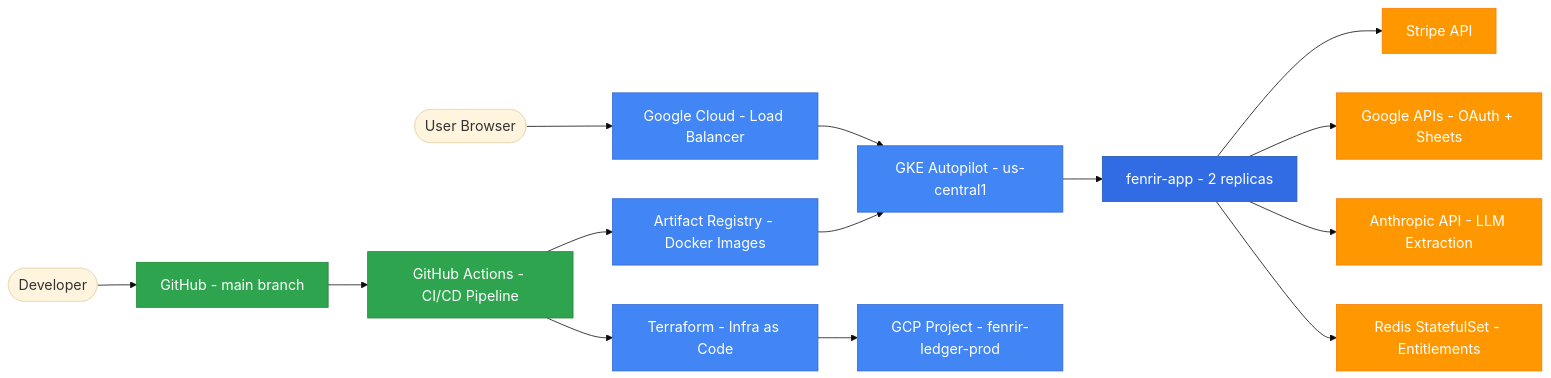
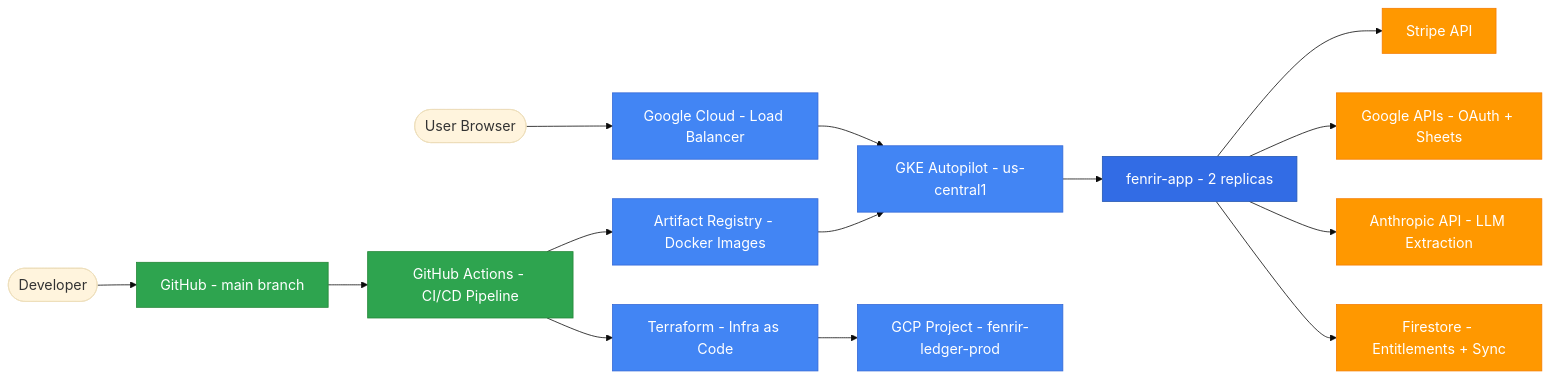
The first of 9 diagrams in architecture/system-design.md (declanshanaghy/fenrir-ledger), drawn with Mermaid before and after one commit. The commit also changed other lines of this file and 11 other files, not shown here.

First line of the commit message:
docs: doc-sync principal-engineer — remove stale Redis refs, fix model assignments

````diff
--- a/architecture/system-design.md
+++ b/architecture/system-design.md
@@ -13,37 +13,37 @@
 ```mermaid
 %%{init: {'theme': 'base', 'themeVariables': {'fontSize': '18px'}}}%%
 graph LR
     classDef gcp fill:#4285F4,stroke:#3367D6,color:#FFF
     classDef k8s fill:#326CE5,stroke:#2558B1,color:#FFF
     classDef ext fill:#FF9800,stroke:#F57C00,color:#FFF
     classDef ci fill:#2EA44F,stroke:#238636,color:#FFF
 
     user([User Browser]) --> lb[Google Cloud - Load Balancer]
     lb --> gke[GKE Autopilot - us-central1]
     gke --> app[fenrir-app - 2 replicas]
 
     dev([Developer]) --> gh[GitHub - main branch]
     gh --> actions[GitHub Actions - CI/CD Pipeline]
     actions --> tf[Terraform - Infra as Code]
     actions --> ar[Artifact Registry - Docker Images]
     ar --> gke
     tf --> gcp[GCP Project - fenrir-ledger-prod]
 
     app --> stripe[Stripe API]
     app --> google[Google APIs - OAuth + Sheets]
     app --> anthropic[Anthropic API - LLM Extraction]
-    app --> kv[Redis StatefulSet - Entitlements]
+    app --> firestore[Firestore - Entitlements + Sync]
 
     class lb gcp
     class gke gcp
     class ar gcp
     class gcp gcp
     class tf gcp
     class app k8s
     class stripe ext
     class google ext
     class anthropic ext
-    class kv ext
+    class firestore ext
     class gh ci
     class actions ci
 ```
````
